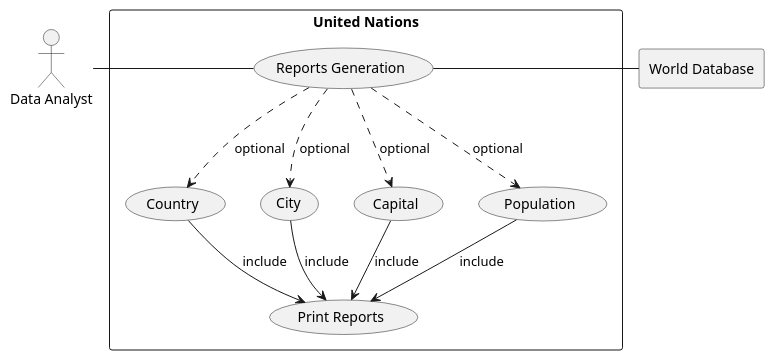
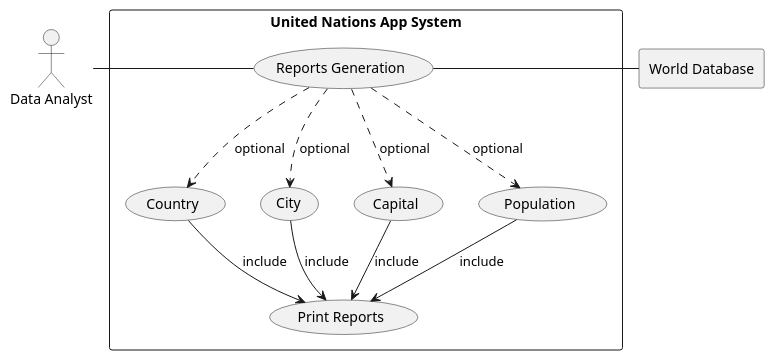
One commit to 40518402/Group2_DevOps_2024 changed the diagram in use-cases/united-nations-system-high-level.puml. Above: the diagram before and after it, drawn with PlantUML. The commit also changed 8 other files, not shown here.

Commit message:
made minor adjustments to use cases and removed redundant diagrams

```diff
--- a/use-cases/united-nations-system-high-level.puml
+++ b/use-cases/united-nations-system-high-level.puml
@@ -1,29 +1,29 @@
 @startuml
 
 actor OW as "Data Analyst"
 
 rectangle "World Database"
 
-rectangle "United Nations" {
+rectangle "United Nations App System" {
     usecase UC1 as "Reports Generation"
     usecase UC1.1 as "Country"
     usecase UC1.2 as "City"
     usecase UC1.3 as "Capital"
     usecase UC1.4 as "Population"
 
     usecase UCa as "Print Reports"
 
     OW - UC1
     UC1  ..> UC1.1 : optional
         UC1.1 --> UCa : include
     UC1  ..> UC1.2 : optional
         UC1.2 --> UCa : include
     UC1  ..> UC1.3 : optional
         UC1.3 --> UCa : include
     UC1  ..> UC1.4 : optional
         UC1.4 --> UCa : include
 
     UC1  - "World Database"
 }
 
 @enduml
```
